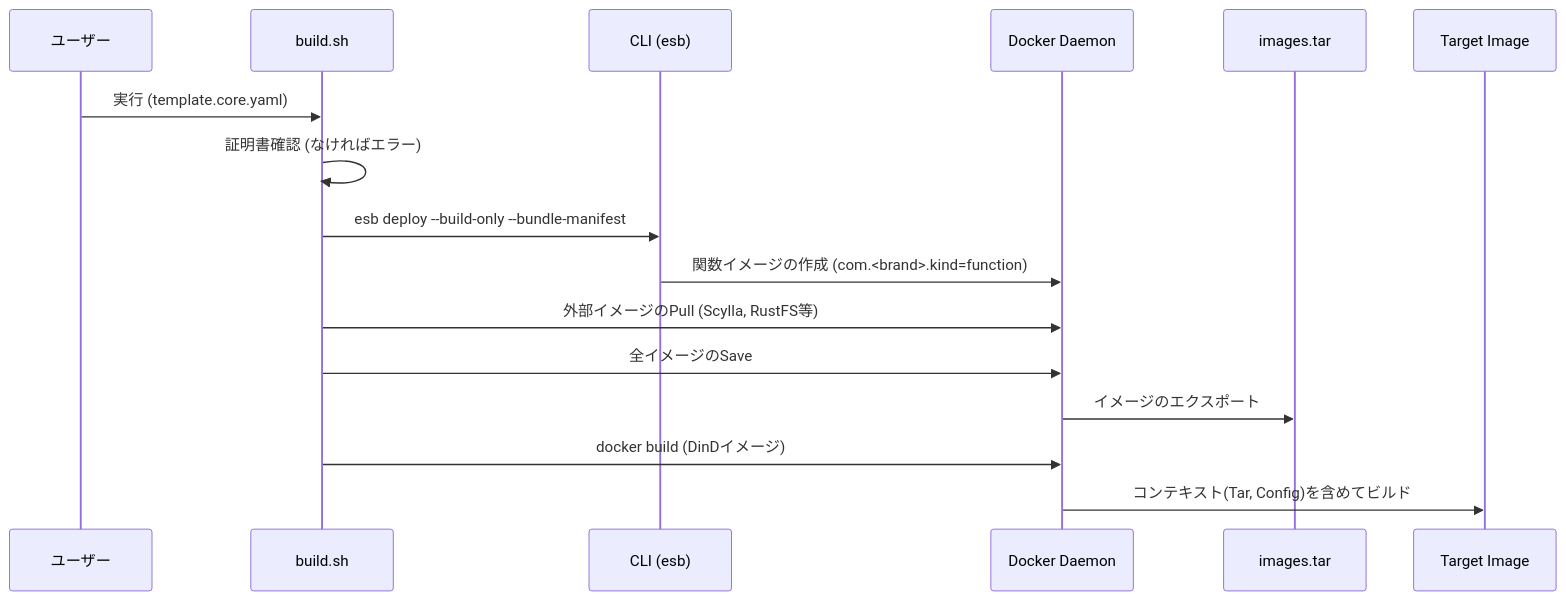
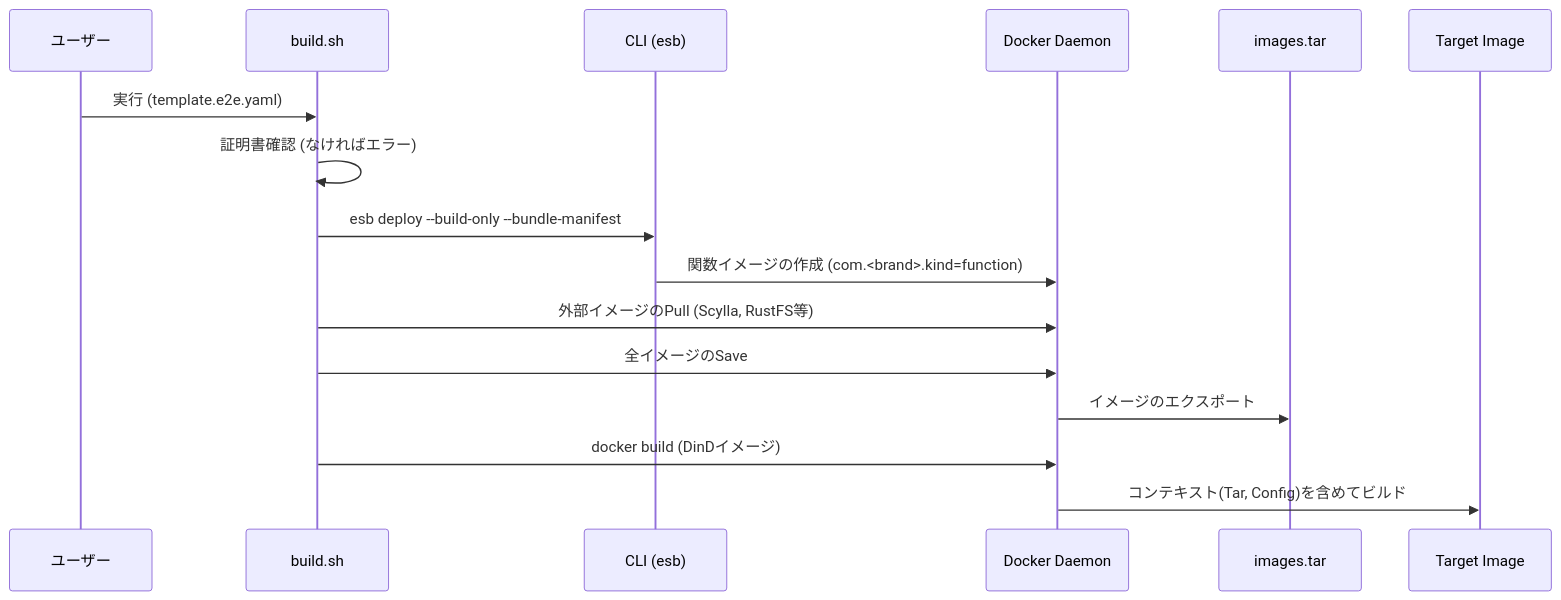
One commit to poruru-code/esb changed the first of 2 diagrams in tools/dind-bundler/README.md. Above: the diagram before and after it, drawn with Mermaid. The commit also changed other lines of this file and 141 other files, not shown here.

````diff
--- a/tools/dind-bundler/README.md
+++ b/tools/dind-bundler/README.md
@@ -63,19 +63,19 @@
 ```mermaid
 sequenceDiagram
     participant User as ユーザー
     participant Script as build.sh
     participant CLI as CLI (esb)
     participant Docker as Docker Daemon
     participant Tar as images.tar
     participant Image as Target Image
 
-    User->>Script: 実行 (template.core.yaml)
+    User->>Script: 実行 (template.e2e.yaml)
     Script->>Script: 証明書確認 (なければエラー)
     Script->>CLI: esb deploy --build-only --bundle-manifest
     CLI->>Docker: 関数イメージの作成 (com.<brand>.kind=function)
     Script->>Docker: 外部イメージのPull (Scylla, RustFS等)
     Script->>Docker: 全イメージのSave
     Docker->>Tar: イメージのエクスポート
     Script->>Docker: docker build (DinDイメージ)
     Docker->>Image: コンテキスト(Tar, Config)を含めてビルド
 ```
````
